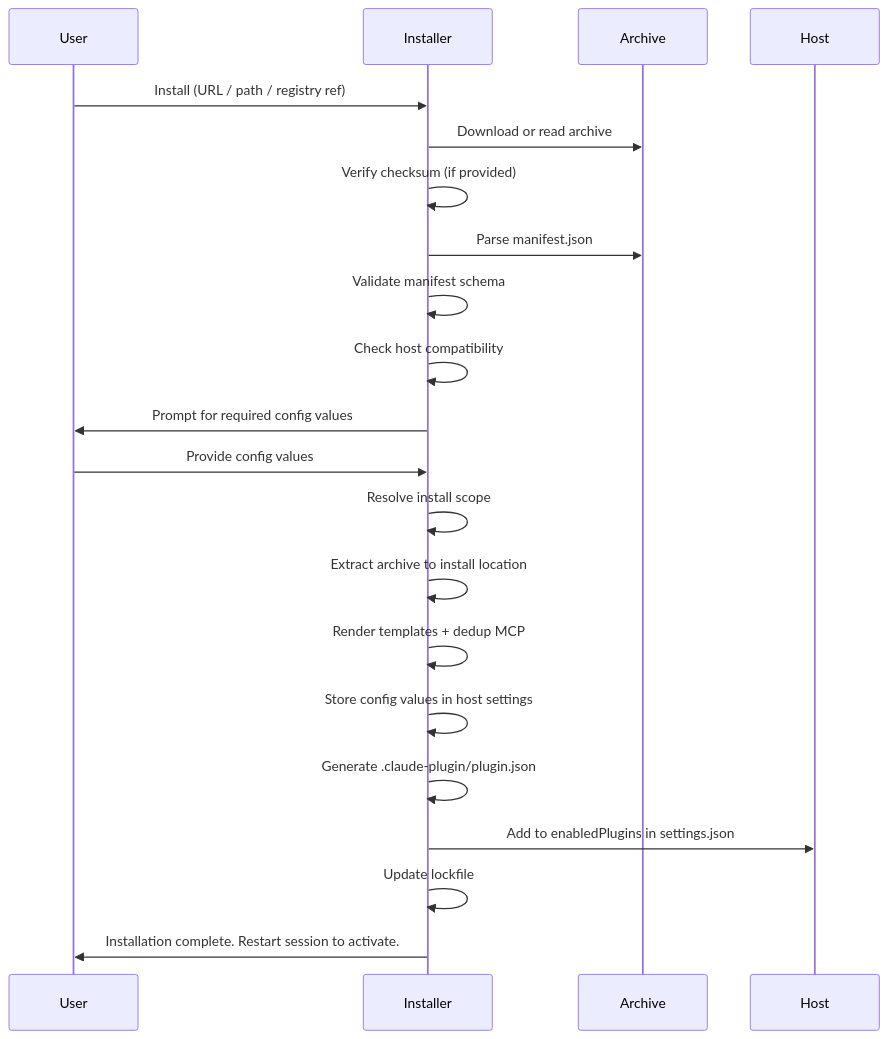
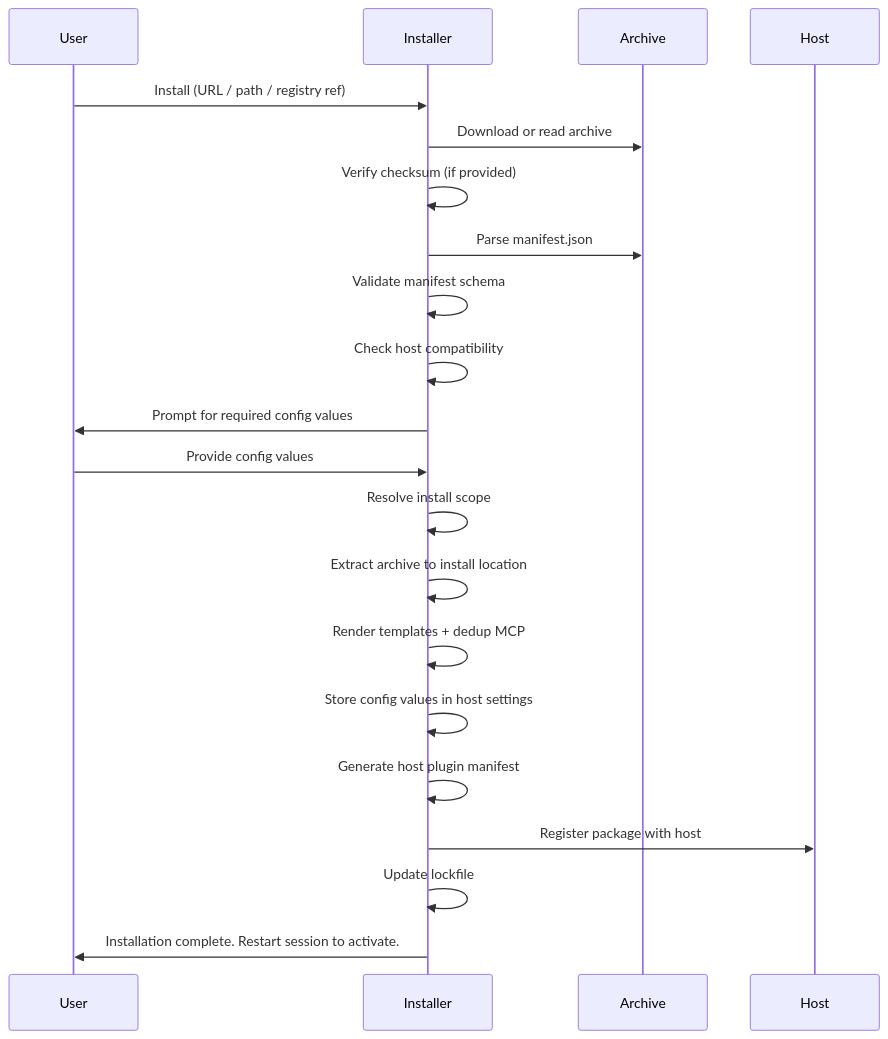
The third of 3 diagrams in spec/specification.md (zircote/ccpkg), drawn with Mermaid before and after one commit. The commit also changed other lines of this file and 26 other files, not shown here.

````diff
--- a/spec/specification.md
+++ b/spec/specification.md
@@ -985,24 +946,24 @@
 ```mermaid
 sequenceDiagram
     participant User
     participant Installer
     participant Archive
     participant Host
 
     User->>Installer: Install (URL / path / registry ref)
     Installer->>Archive: Download or read archive
     Installer->>Installer: Verify checksum (if provided)
     Installer->>Archive: Parse manifest.json
     Installer->>Installer: Validate manifest schema
     Installer->>Installer: Check host compatibility
     Installer->>User: Prompt for required config values
     User->>Installer: Provide config values
     Installer->>Installer: Resolve install scope
     Installer->>Installer: Extract archive to install location
     Installer->>Installer: Render templates + dedup MCP
     Installer->>Installer: Store config values in host settings
-    Installer->>Installer: Generate .claude-plugin/plugin.json
-    Installer->>Host: Add to enabledPlugins in settings.json
+    Installer->>Installer: Generate host plugin manifest
+    Installer->>Host: Register package with host
     Installer->>Installer: Update lockfile
     Installer->>User: Installation complete. Restart session to activate.
 ```
````
